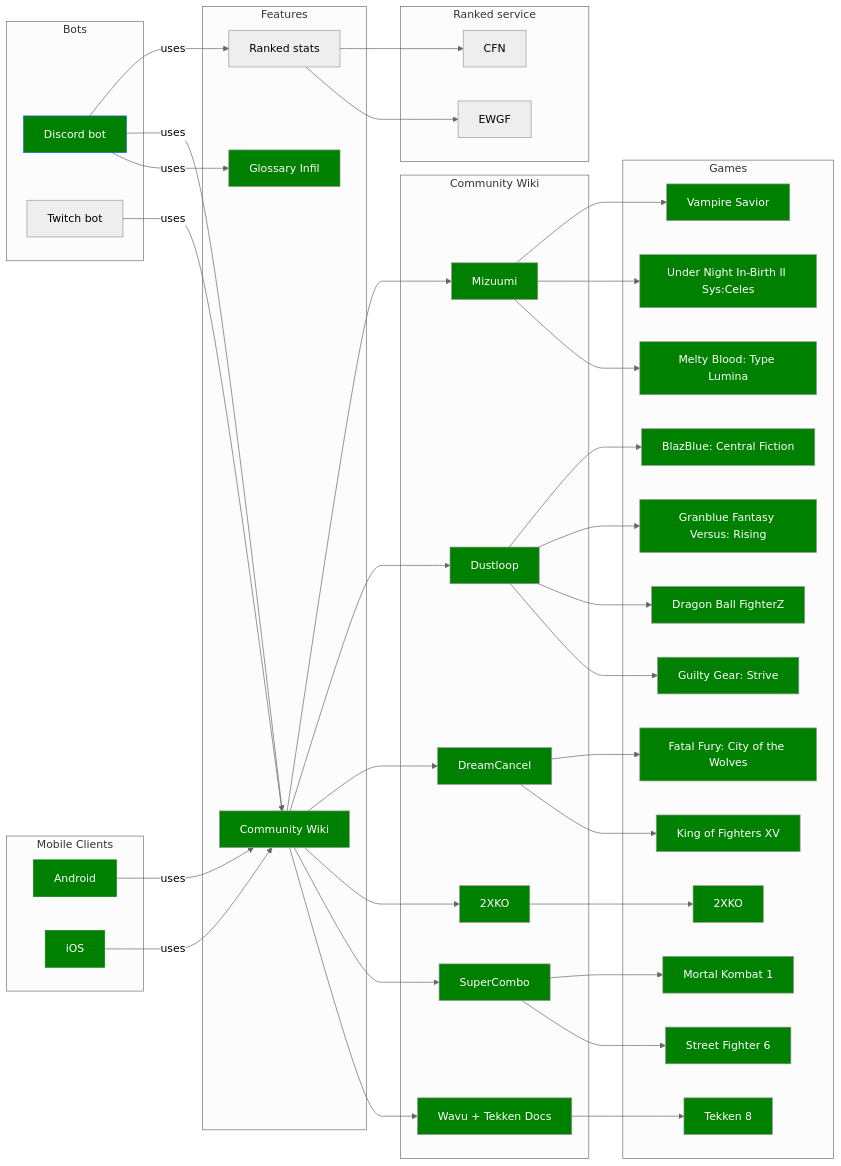
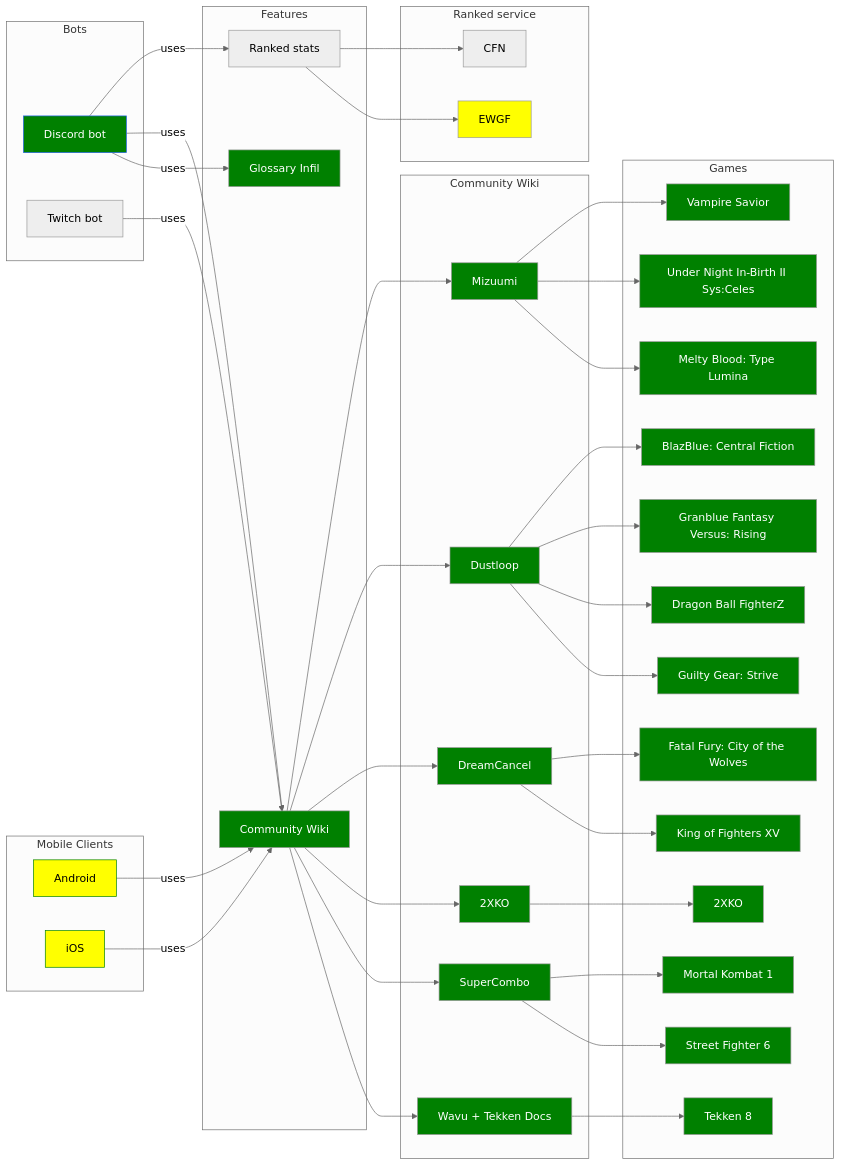
Before and after one commit to Sophon/FightingNerd: the diagram in README.md, drawn with Mermaid (neutral theme). The commit also changed 42 other files, not shown here.

````diff
--- a/README.md
+++ b/README.md
@@ -23,6 +23,7 @@
 graph LR
     classDef green fill:green,color:#000
     classDef grey fill:lightgrey,color:#000
+    classDef yellow fill:#FFEB3B,color:#000
 
     subgraph Bots
         discordBot[Discord bot]
@@ -104,8 +105,8 @@
 
 
     style discordBot fill:green,stroke:#2563EB, color:#fff
-    style android fill:green,stroke:green, color:#fff
-    style iOS fill:green,stroke:green, color:#fff
+    style android fill:yellow,stroke:green, color:#000
+    style iOS fill:yellow,stroke:green, color:#000
     style glossaryInfil fill:green, color:#fff
     style communityWiki fill:green, color:#fff
     style wikiWavu fill:green, color:#fff
@@ -127,4 +128,5 @@
     style bbcf fill:green, color:#fff
     style uni2 fill:green, color:#fff
     style vsav fill:green, color:#fff
+    style ewgf fill:yellow, color:#000
   ```
````
